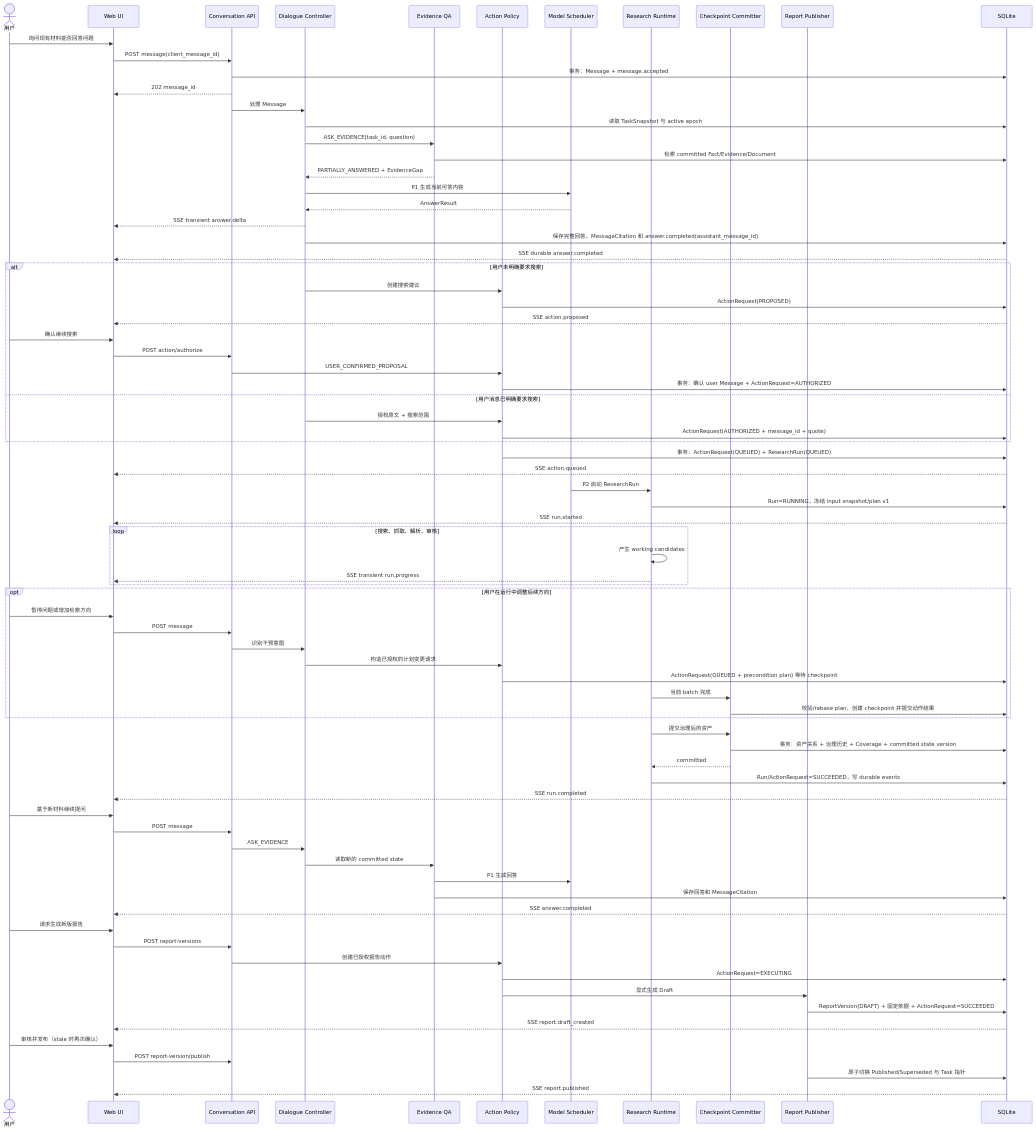
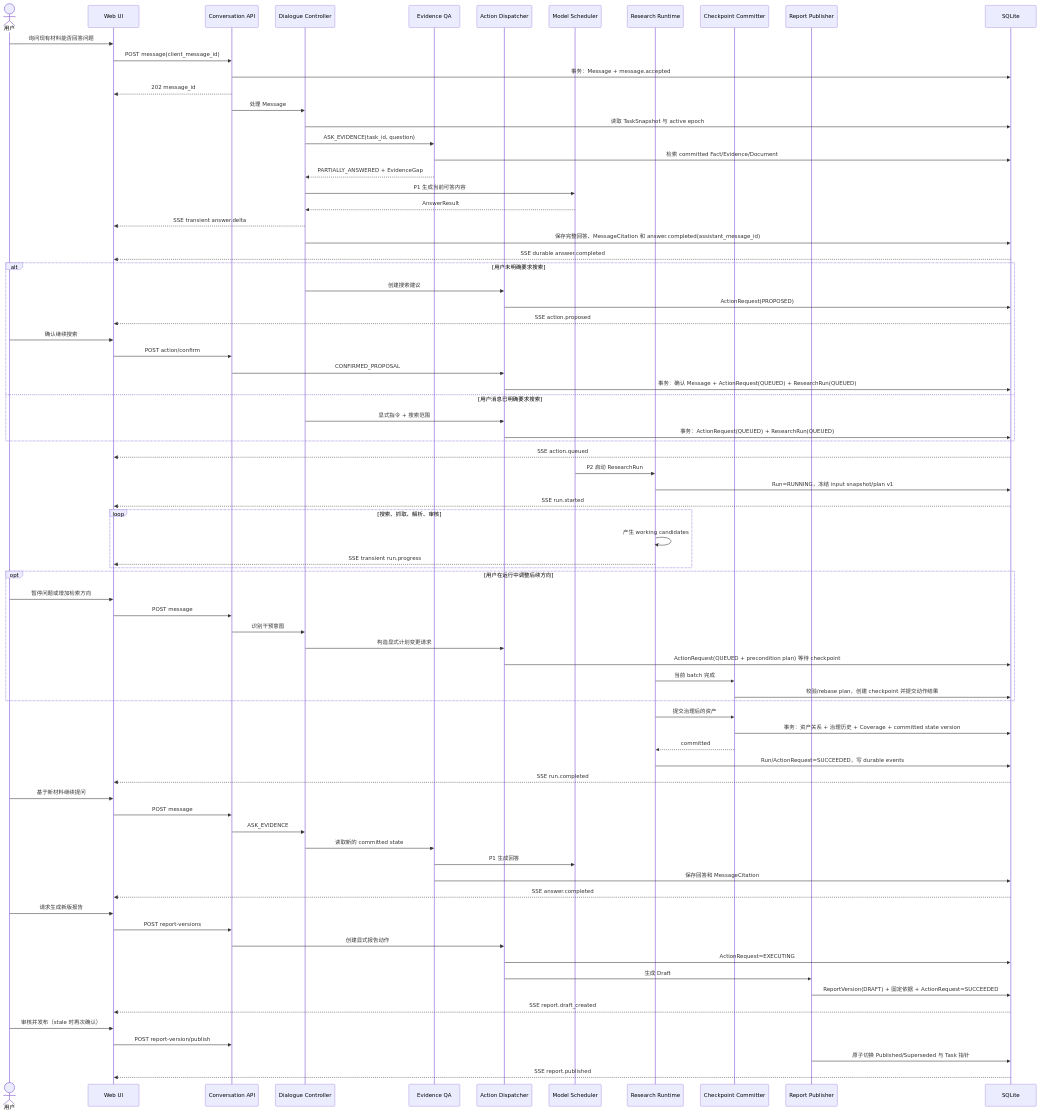
Before and after one commit to Knight-Jo/collection-agent: diagram 11 of 11 in docs/architecture/conversational-research-task-architecture.md, drawn with Mermaid. The commit also changed other lines of this file and 1 other file, not shown here.

Commit message:
docs: simplify single-user action flow

```diff
--- a/docs/architecture/conversational-research-task-architecture.md
+++ b/docs/architecture/conversational-research-task-architecture.md
@@ -908,7 +900,7 @@
     participant API as Conversation API
     participant DC as Dialogue Controller
     participant QA as Evidence QA
-    participant Policy as Action Policy
+    participant Dispatcher as Action Dispatcher
     participant Scheduler as Model Scheduler
     participant Runtime as Research Runtime
     participant Checkpoint as Checkpoint Committer
@@ -932,19 +924,18 @@
     DB-->>UI: SSE durable answer.completed
 
     alt 用户未明确要求搜索
-        DC->>Policy: 创建搜索建议
-        Policy->>DB: ActionRequest(PROPOSED)
+        DC->>Dispatcher: 创建搜索建议
+        Dispatcher->>DB: ActionRequest(PROPOSED)
         DB-->>UI: SSE action.proposed
         User->>UI: 确认继续搜索
-        UI->>API: POST action/authorize
-        API->>Policy: USER_CONFIRMED_PROPOSAL
-        Policy->>DB: 事务：确认 user Message + ActionRequest=AUTHORIZED
+        UI->>API: POST action/confirm
+        API->>Dispatcher: CONFIRMED_PROPOSAL
+        Dispatcher->>DB: 事务：确认 Message + ActionRequest(QUEUED) + ResearchRun(QUEUED)
     else 用户消息已明确要求搜索
-        DC->>Policy: 授权原文 + 搜索范围
-        Policy->>DB: ActionRequest(AUTHORIZED + message_id + quote)
+        DC->>Dispatcher: 显式指令 + 搜索范围
+        Dispatcher->>DB: 事务：ActionRequest(QUEUED) + ResearchRun(QUEUED)
     end
 
-    Policy->>DB: 事务：ActionRequest(QUEUED) + ResearchRun(QUEUED)
     DB-->>UI: SSE action.queued
     Scheduler->>Runtime: P2 启动 ResearchRun
     Runtime->>DB: Run=RUNNING，冻结 input snapshot/plan v1
@@ -959,8 +950,8 @@
         User->>UI: 暂停问题或增加检索方向
         UI->>API: POST message
         API->>DC: 识别干预意图
-        DC->>Policy: 构造已授权的计划变更请求
-        Policy->>DB: ActionRequest(QUEUED + precondition plan) 等待 checkpoint
+        DC->>Dispatcher: 构造显式计划变更请求
+        Dispatcher->>DB: ActionRequest(QUEUED + precondition plan) 等待 checkpoint
         Runtime->>Checkpoint: 当前 batch 完成
         Checkpoint->>DB: 校验/rebase plan，创建 checkpoint 并提交动作结果
     end
@@ -981,9 +972,9 @@
 
     User->>UI: 请求生成新版报告
     UI->>API: POST report-versions
-    API->>Policy: 创建已授权报告动作
-    Policy->>DB: ActionRequest=EXECUTING
-    Policy->>Publisher: 显式生成 Draft
+    API->>Dispatcher: 创建显式报告动作
+    Dispatcher->>DB: ActionRequest=EXECUTING
+    Dispatcher->>Publisher: 生成 Draft
     Publisher->>DB: ReportVersion(DRAFT) + 固定依据 + ActionRequest=SUCCEEDED
     DB-->>UI: SSE report.draft_created
     User->>UI: 审核并发布（stale 时再次确认）
```
